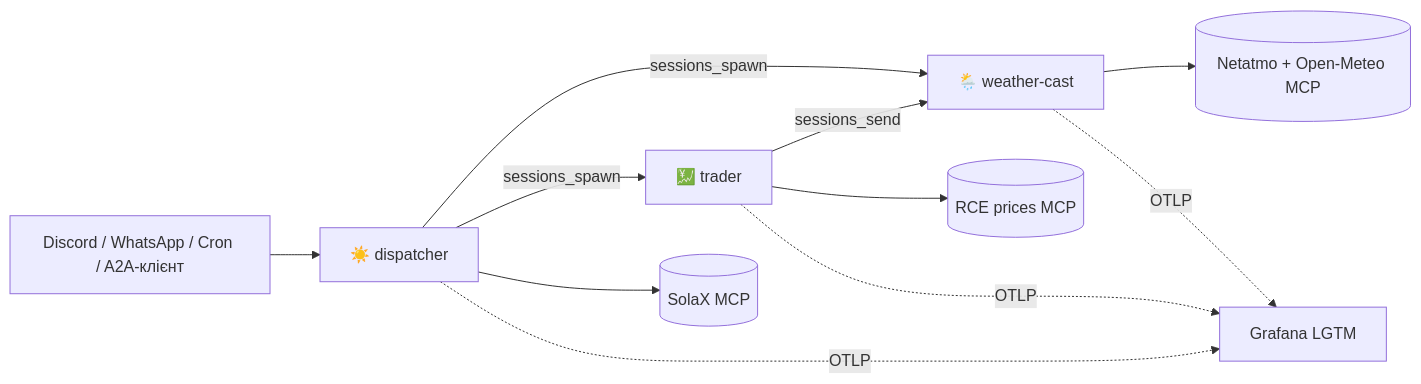
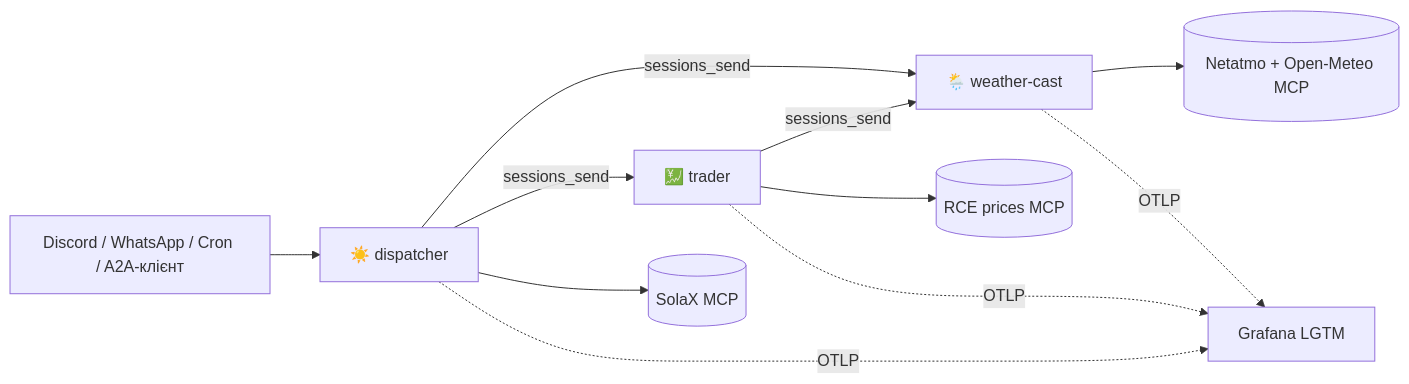
One commit to aywengo/fwdays-agents-homework changed the diagram in README.md. Above: the diagram before and after it, drawn with Mermaid. The commit also changed other lines of this file and 5 other files, not shown here.

First line of the commit message:
Delegate to teammates via sessions_send in scheduled runs too

````diff
--- a/README.md
+++ b/README.md
@@ -72,11 +72,11 @@
 ```mermaid
 flowchart LR
   U[Discord / WhatsApp / Cron / A2A-клієнт] --> D[☀️ dispatcher]
-  D -- sessions_spawn --> W[🌦️ weather-cast]
-  D -- sessions_spawn --> T[💹 trader]
+  D -- sessions_send --> W[🌦️ weather-cast]
+  D -- sessions_send --> T[💹 trader]
   T -- sessions_send --> W
   D --> S[(SolaX MCP)]
   W --> N[(Netatmo + Open-Meteo MCP)]
   T --> P[(RCE prices MCP)]
   D & W & T -. OTLP .-> G[Grafana LGTM]
 ```
````
